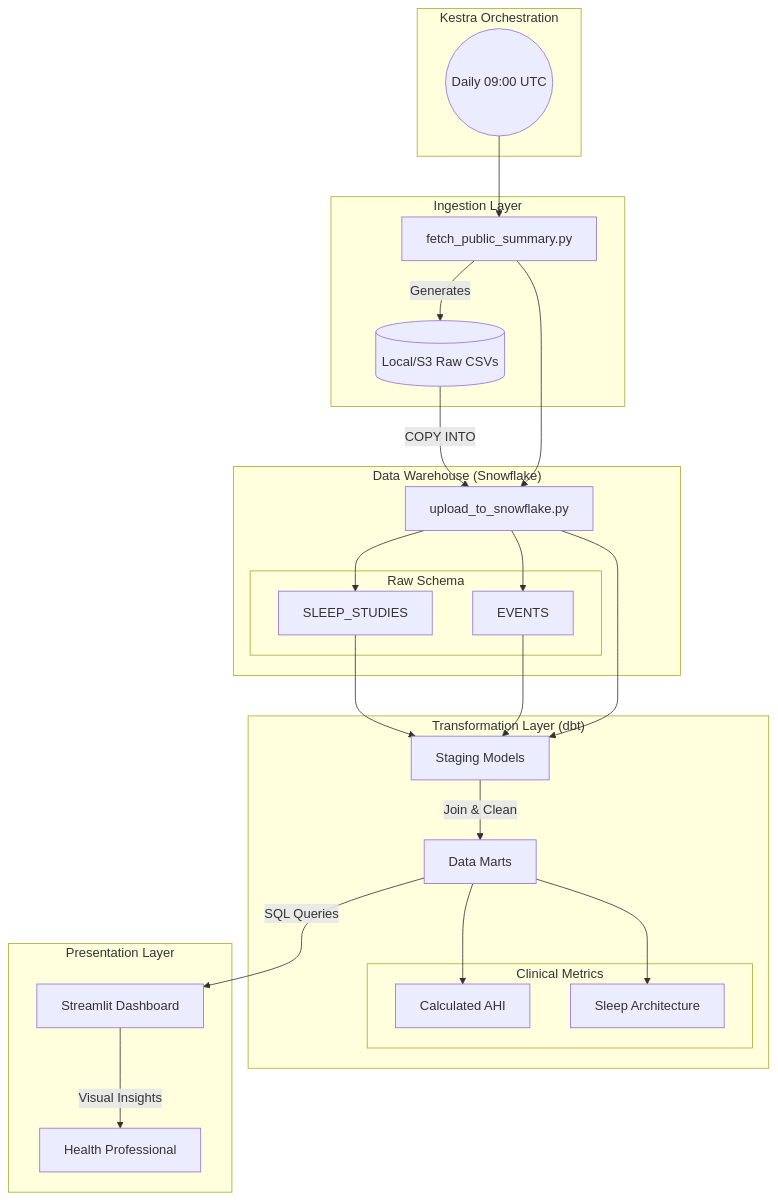
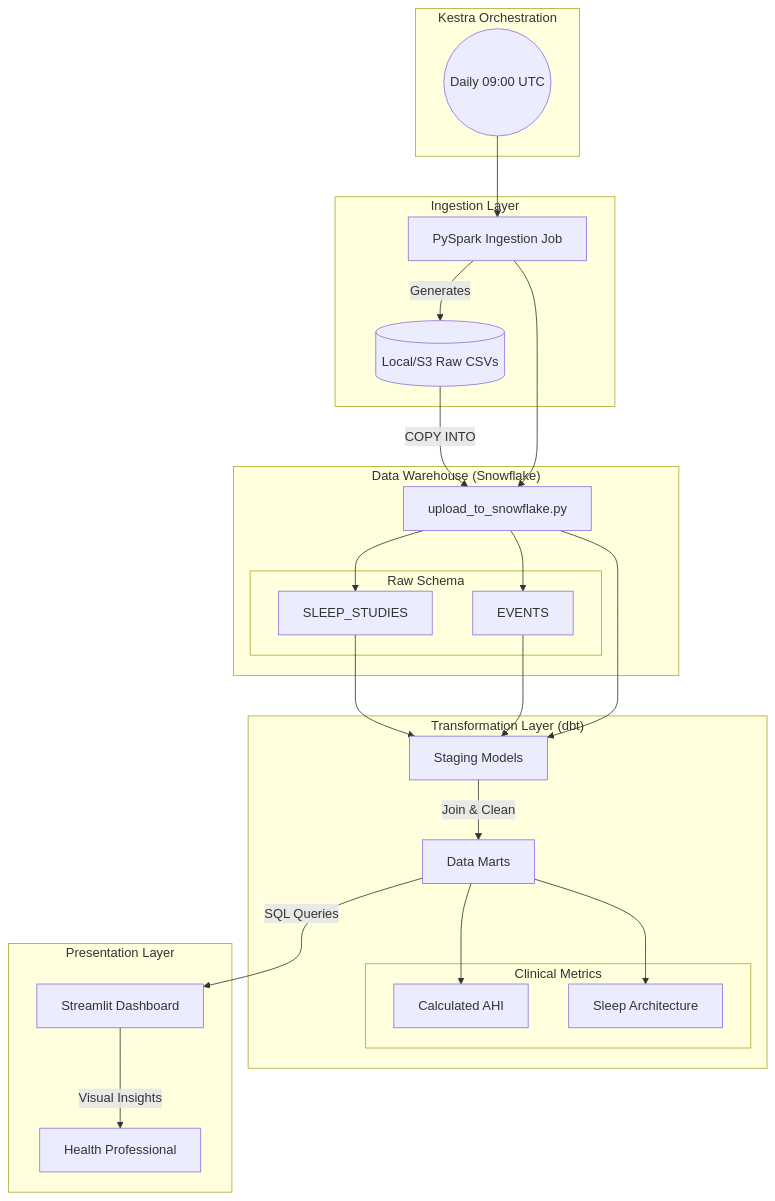
The diagram in README.md (kahramanmurat/sleeplens), drawn with Mermaid before and after one commit. The commit also changed other lines of this file, not shown here.

Commit message:
docs: update architecture diagram and tech stack to include PySpark

````diff
--- a/README.md
+++ b/README.md
@@ -15,54 +15,54 @@
 ```mermaid
 graph TD
     subgraph Orchestration [Kestra Orchestration]
         DailyTrigger((Daily 09:00 UTC))
     end
 
     subgraph "Ingestion Layer"
-        Script[fetch_public_summary.py]
+        Script[PySpark Ingestion Job]
         RawData[(Local/S3 Raw CSVs)]
         Script -->|Generates| RawData
     end
 
     subgraph "Data Warehouse (Snowflake)"
         SnowPy[upload_to_snowflake.py]
         
         subgraph "Raw Schema"
             RawSummary[SLEEP_STUDIES]
             RawEvents[EVENTS]
         end
         
         RawData -->|COPY INTO| SnowPy
         SnowPy --> RawSummary
         SnowPy --> RawEvents
     end
 
     subgraph "Transformation Layer (dbt)"
         Staging[Staging Models]
         Marts[Data Marts]
         
         RawSummary --> Staging
         RawEvents --> Staging
         Staging -->|Join & Clean| Marts
         
         subgraph "Clinical Metrics"
             AHI[Calculated AHI]
             SleepArch[Sleep Architecture]
         end
         
         Marts --> AHI
         Marts --> SleepArch
     end
 
     subgraph "Presentation Layer"
         Streamlit[Streamlit Dashboard]
         User[Health Professional]
         
         Marts -->|SQL Queries| Streamlit
         Streamlit -->|Visual Insights| User
     end
 
     DailyTrigger --> Script
     Script --> SnowPy
     SnowPy --> Staging
 ```
````
